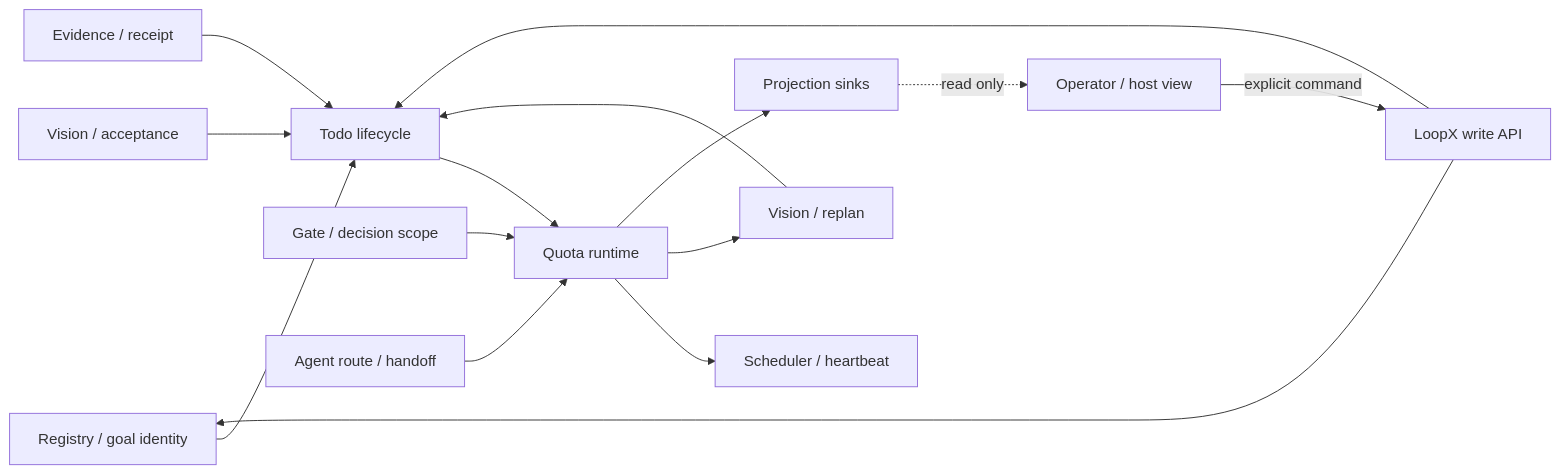
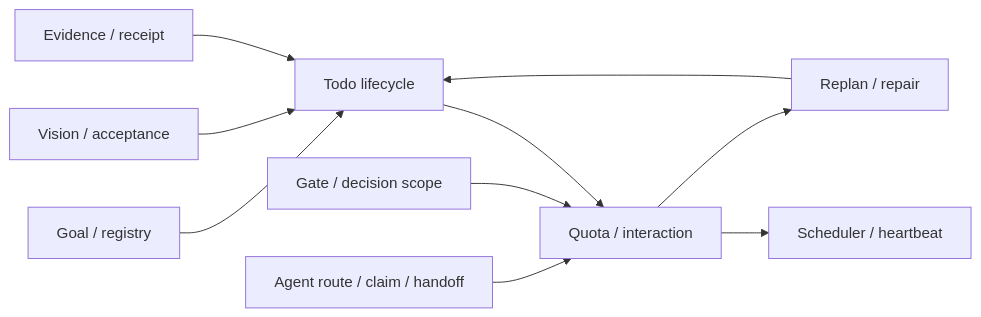
One commit to liubf21/loopx changed the fifth of 5 diagrams in docs/development/control-plane-course/00-goal-control-plane-architecture.md. Above: the diagram before and after it, drawn with Mermaid. The commit also changed other lines of this file and 10 other files, not shown here.

````diff
--- a/docs/development/control-plane-course/00-goal-control-plane-architecture.md
+++ b/docs/development/control-plane-course/00-goal-control-plane-architecture.md
@@ -145,17 +284,12 @@
 ```mermaid
 flowchart LR
-  REG["Registry / goal identity"] --> TODO["Todo lifecycle"]
+  REG["Goal / registry"] --> TODO["Todo lifecycle"]
   VISION["Vision / acceptance"] --> TODO
-  GATE["Gate / decision scope"] --> Q["Quota runtime"]
+  GATE["Gate / decision scope"] --> Q["Quota / interaction"]
   TODO --> Q
-  OWNER["Agent route / handoff"] --> Q
+  CLAIM["Agent route / claim / handoff"] --> Q
   EVID["Evidence / receipt"] --> TODO
   Q --> SCH["Scheduler / heartbeat"]
-  Q --> REPLAN["Vision / replan"]
+  Q --> REPLAN["Replan / repair"]
   REPLAN --> TODO
-  Q --> PROJ["Projection sinks"]
-  PROJ -. "read only" .-> VIEW["Operator / host view"]
-  VIEW -->|"explicit command"| API["LoopX write API"]
-  API --> REG
-  API --> TODO
 ```
````
